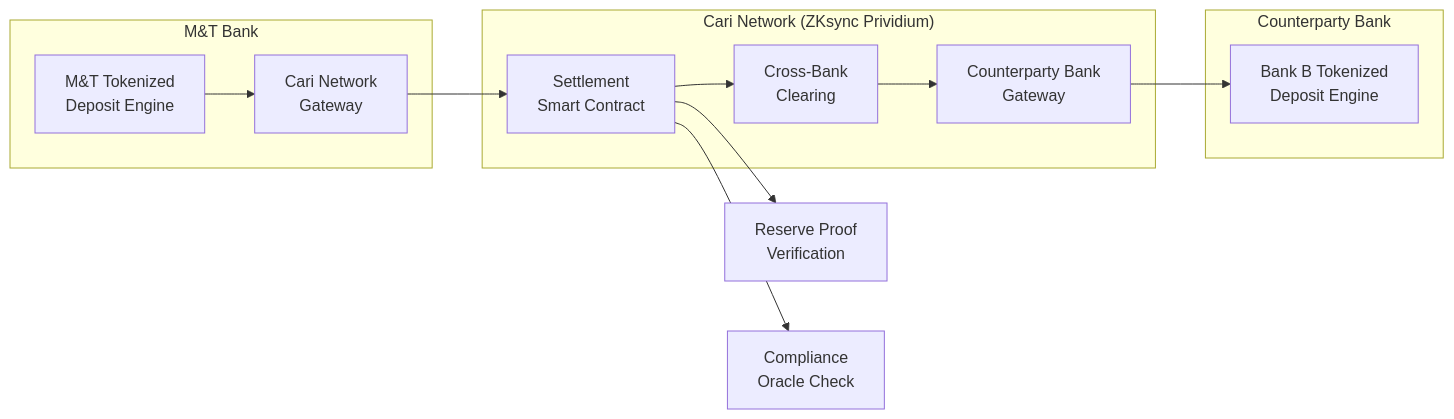
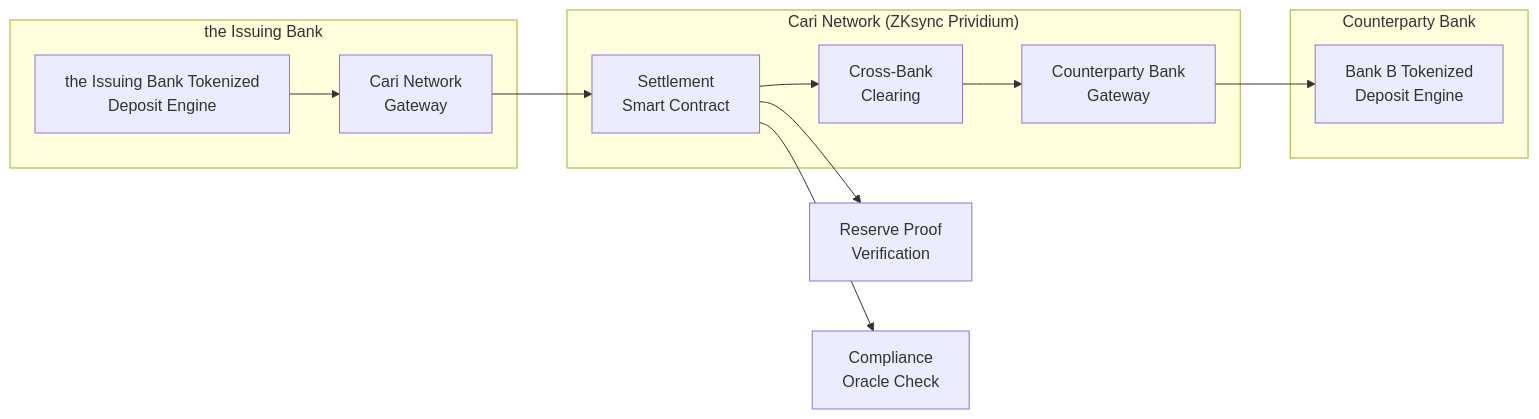
One commit to jnodes/tokenized-deposits changed the second of 2 diagrams in strategic/roadmap.md. Above: the diagram before and after it, drawn with Mermaid. The commit also changed other lines of this file and 160 other files, not shown here.

````diff
--- a/strategic/roadmap.md
+++ b/strategic/roadmap.md
@@ -135,19 +135,19 @@
 ```mermaid
 graph LR
-    subgraph "M&T Bank"
-        A[M&T Tokenized<br/>Deposit Engine] --> B[Cari Network<br/>Gateway]
+    subgraph "the Issuing Bank"
+        A[the Issuing Bank Tokenized<br/>Deposit Engine] --> B[Cari Network<br/>Gateway]
     end
 
     subgraph "Cari Network (ZKsync Prividium)"
         B --> C[Settlement<br/>Smart Contract]
         C --> D[Cross-Bank<br/>Clearing]
         D --> E[Counterparty Bank<br/>Gateway]
     end
 
     subgraph "Counterparty Bank"
         E --> F[Bank B Tokenized<br/>Deposit Engine]
     end
 
     C --> G[Reserve Proof<br/>Verification]
     C --> H[Compliance<br/>Oracle Check]
 ```
````
